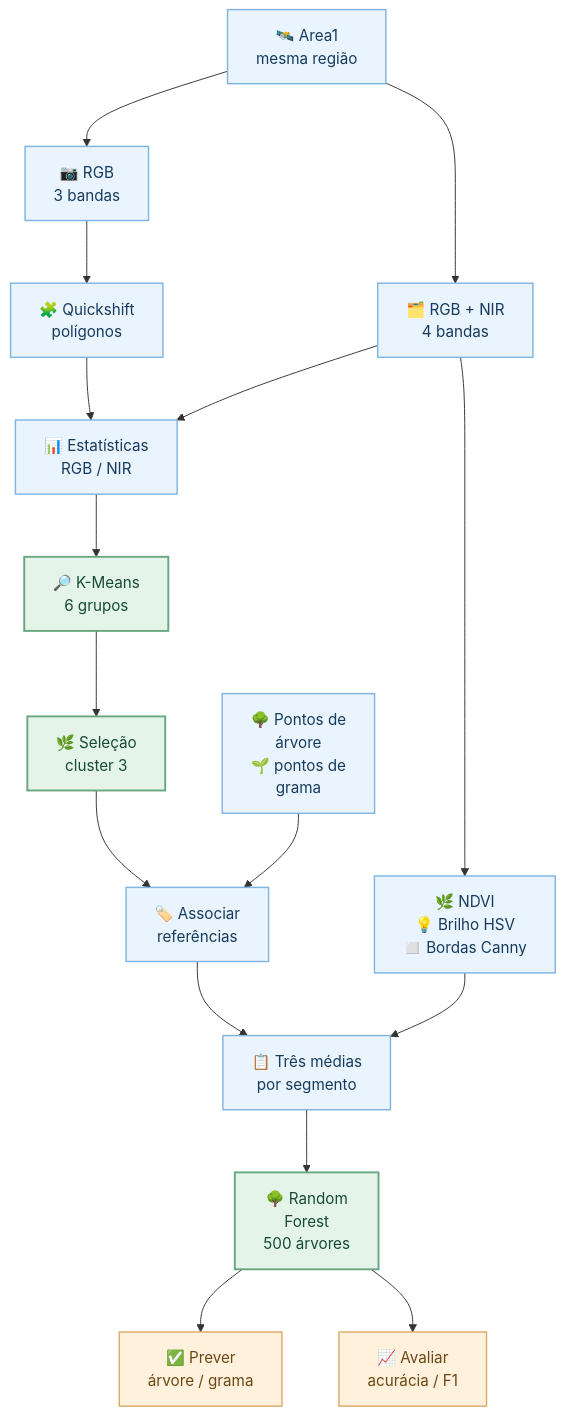
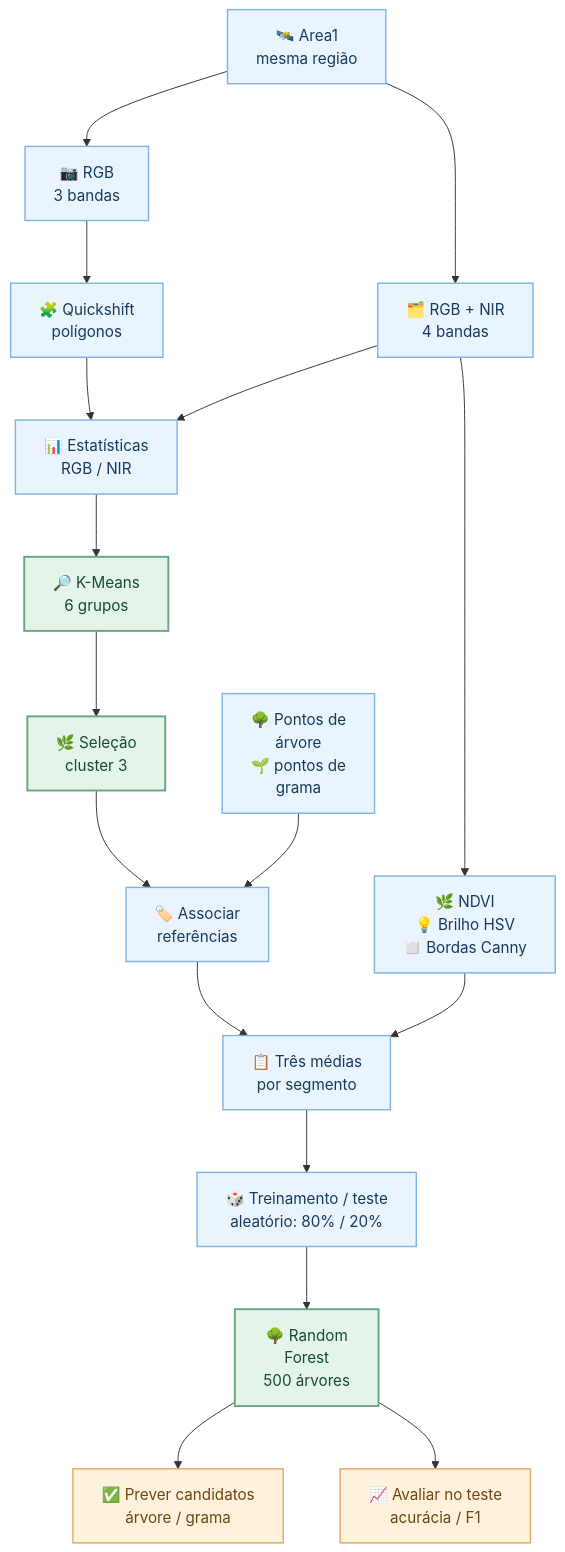
The second of 3 diagrams in README.md (BrenoBragaGalvao/mestrado-arvores-urbanas), drawn with Mermaid before and after one commit. The commit also changed other lines of this file, not shown here.

Commit message:
docs: representa treino teste 80/20 e previsoes separadas no fluxo original

````diff
--- a/README.md
+++ b/README.md
@@ -108,26 +108,27 @@
 ```mermaid
 %%{init: {"flowchart": {"nodeSpacing": 60, "rankSpacing": 66}, "themeVariables": {"fontFamily": "Arial, sans-serif", "fontSize": "16px"}}}%%
 flowchart TD
     A["🛰️ Area1<br/>mesma região"] --> B["📷 RGB<br/>3 bandas"]
     A --> C["🗂️ RGB + NIR<br/>4 bandas"]
     B --> D["🧩 Quickshift<br/>polígonos"]
     D --> E["📊 Estatísticas<br/>RGB / NIR"]
     C --> E
     E --> F["🔎 K-Means<br/>6 grupos"]
     F --> G["🌿 Seleção<br/>cluster 3"]
     G --> H["🏷️ Associar<br/>referências"]
     P["🌳 Pontos de<br/>árvore<br/>🌱 pontos de<br/>grama"] --> H
     C --> I["🌿 NDVI<br/>💡 Brilho HSV<br/>◻️ Bordas Canny"]
     I --> J["📋 Três médias<br/>por segmento"]
     H --> J
-    J --> K["🌳 Random<br/>Forest<br/>500 árvores"]
-    K --> L["✅ Prever<br/>árvore / grama"]
-    K --> M["📈 Avaliar<br/>acurácia / F1"]
+    J --> T["🎲 Treinamento / teste<br/>aleatório: 80% / 20%"]
+    T --> K["🌳 Random<br/>Forest<br/>500 árvores"]
+    K --> L["✅ Prever candidatos<br/>árvore / grama"]
+    K --> M["📈 Avaliar no teste<br/>acurácia / F1"]
 
     classDef dados fill:#eaf4ff,stroke:#80b4e2,color:#163b5d,stroke-width:1.5px;
     classDef processamento fill:#e4f4e8,stroke:#67a681,color:#164b35,stroke-width:2px;
     classDef resultados fill:#fff1db,stroke:#dcab68,color:#6b4714,stroke-width:1.5px;
-    class A,B,C,D,E,P,H,I,J dados;
+    class A,B,C,D,E,P,H,I,J,T dados;
     class F,G,K processamento;
     class L,M resultados;
 ```
````
